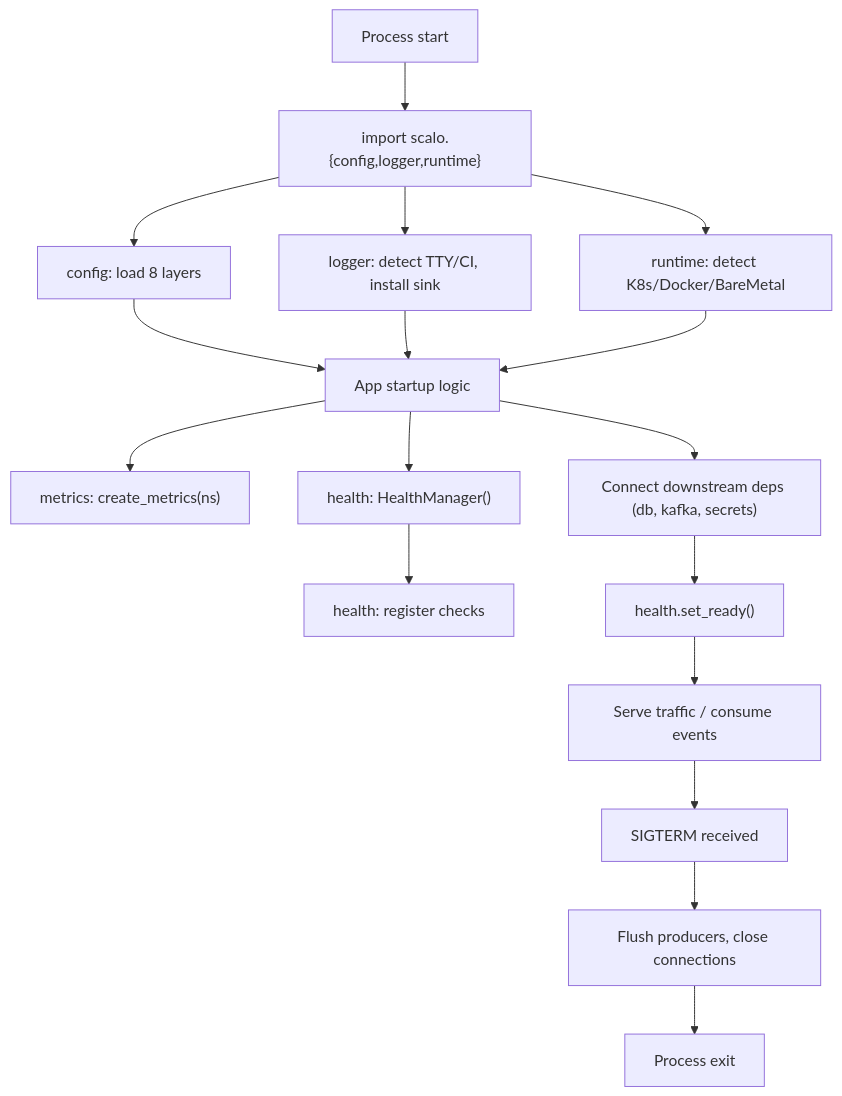
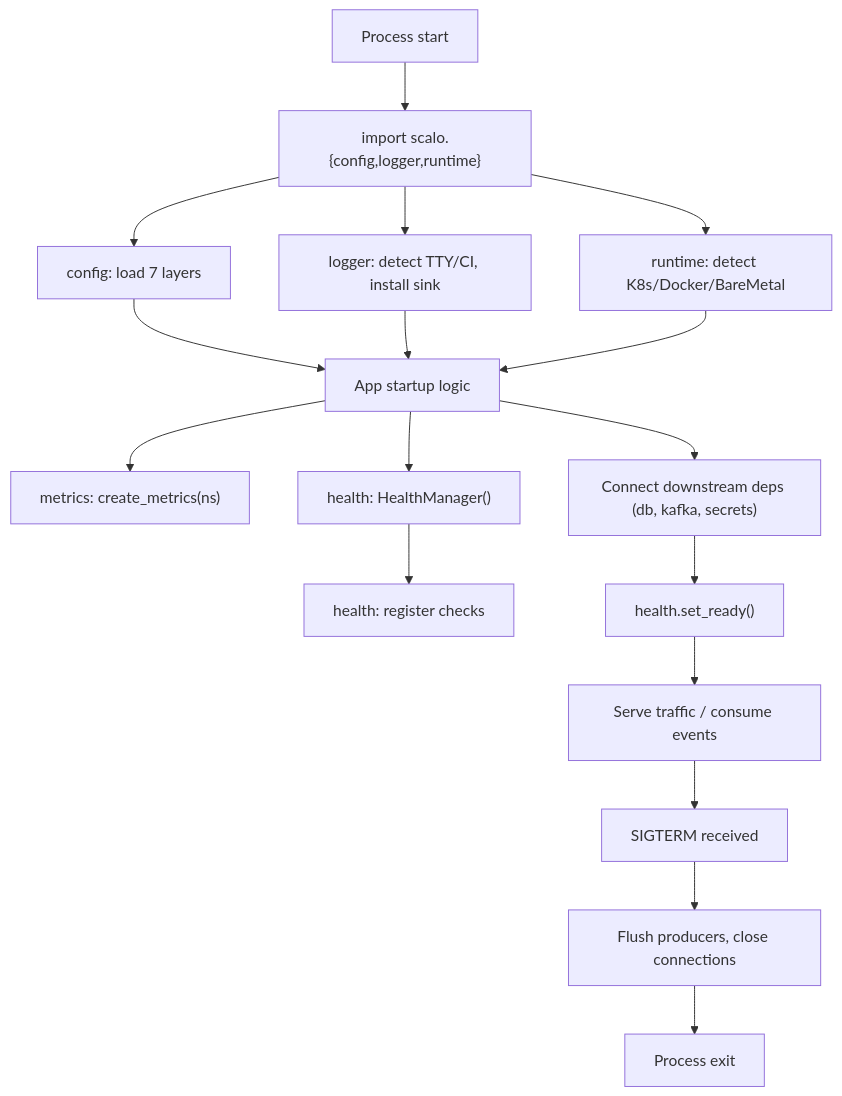
The diagram in docs/AUTO-WIRING.md (hyperi-io/scalo-py), drawn with Mermaid before and after one commit. The commit also changed other lines of this file and 20 other files, not shown here.

First line of the commit message:
fix: drop PostgreSQL config source (7-layer cascade)

````diff
--- a/docs/AUTO-WIRING.md
+++ b/docs/AUTO-WIRING.md
@@ -62,35 +62,35 @@
 ```mermaid
 flowchart TB
     Start["Process start"]
     Import["import scalo.{config,logger,runtime}"]
-    Cascade["config: load 8 layers"]
+    Cascade["config: load 7 layers"]
     LogFmt["logger: detect TTY/CI, install sink"]
     RtDetect["runtime: detect K8s/Docker/BareMetal"]
     AppInit["App startup logic"]
     Metrics["metrics: create_metrics(ns)"]
     Health["health: HealthManager()"]
     DepCheck["health: register checks"]
     Connect["Connect downstream deps (db, kafka, secrets)"]
     Ready["health.set_ready()"]
     Serve["Serve traffic / consume events"]
     Sigterm["SIGTERM received"]
     Flush["Flush producers, close connections"]
     Stop["Process exit"]
 
     Start --> Import
     Import --> Cascade
     Import --> LogFmt
     Import --> RtDetect
     Cascade --> AppInit
     LogFmt --> AppInit
     RtDetect --> AppInit
     AppInit --> Metrics
     AppInit --> Health
     Health --> DepCheck
     AppInit --> Connect
     Connect --> Ready
     Ready --> Serve
     Serve --> Sigterm
     Sigterm --> Flush
     Flush --> Stop
 ```
````
